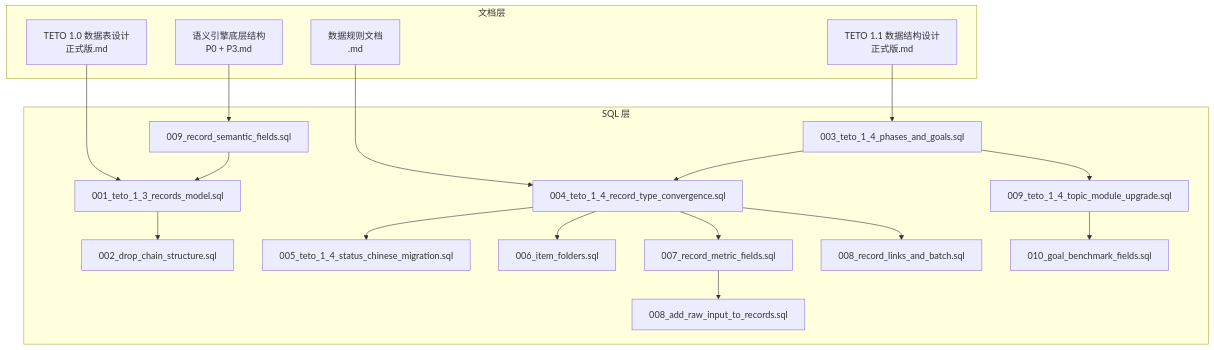
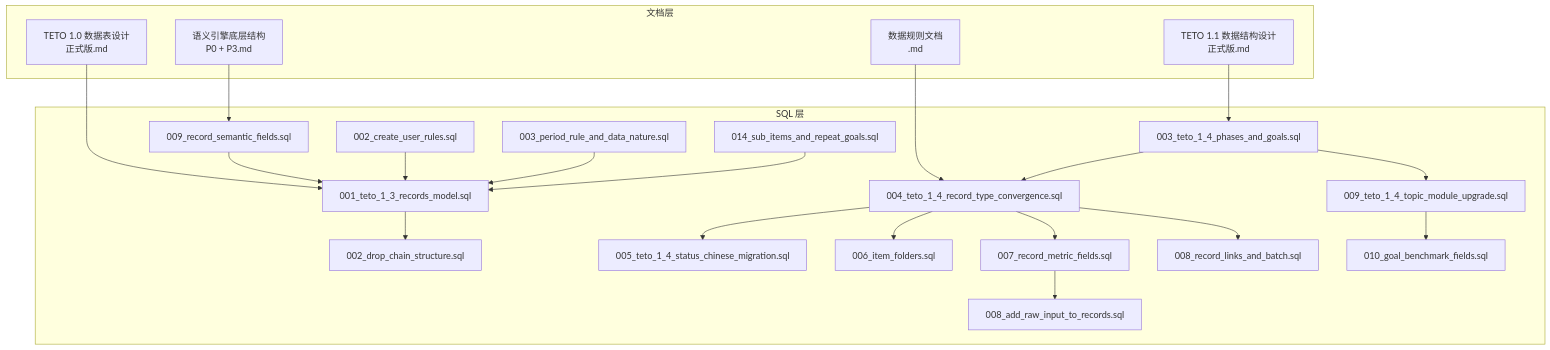
Before and after one commit to bbong1234/TETO: the first of 10 diagrams in .qoder/repowiki/zh/content/数据库设计/数据库设计.md, drawn with Mermaid. The commit also changed other lines of this file and 10 other files, not shown here.

````diff
--- a/.qoder/repowiki/zh/content/数据库设计/数据库设计.md
+++ b/.qoder/repowiki/zh/content/数据库设计/数据库设计.md
@@ -46,37 +57,43 @@
 ```mermaid
 graph TB
 subgraph "文档层"
 D1["TETO 1.0 数据表设计<br/>正式版.md"]
 D2["TETO 1.1 数据结构设计<br/>正式版.md"]
 D3["数据规则文档<br/>.md"]
 D4["语义引擎底层结构<br/>P0 + P3.md"]
 end
 subgraph "SQL 层"
 S1["001_teto_1_3_records_model.sql"]
 S2["002_drop_chain_structure.sql"]
 S3["003_teto_1_4_phases_and_goals.sql"]
 S4["004_teto_1_4_record_type_convergence.sql"]
 S5["005_teto_1_4_status_chinese_migration.sql"]
 S6["006_item_folders.sql"]
 S7["007_record_metric_fields.sql"]
 S8["008_add_raw_input_to_records.sql"]
 S9["008_record_links_and_batch.sql"]
 S10["009_teto_1_4_topic_module_upgrade.sql"]
 S11["010_goal_benchmark_fields.sql"]
 S12["009_record_semantic_fields.sql"]
+S13["002_create_user_rules.sql"]
+S14["003_period_rule_and_data_nature.sql"]
+S15["014_sub_items_and_repeat_goals.sql"]
 end
 D1 --> S1
 D2 --> S3
 D3 --> S4
 D4 --> S12
 S1 --> S2
 S3 --> S4
 S4 --> S5
 S4 --> S6
 S4 --> S7
 S7 --> S8
 S4 --> S9
 S3 --> S10
 S10 --> S11
 S12 --> S1
+S13 --> S1
+S14 --> S1
+S15 --> S1
 ```
````
